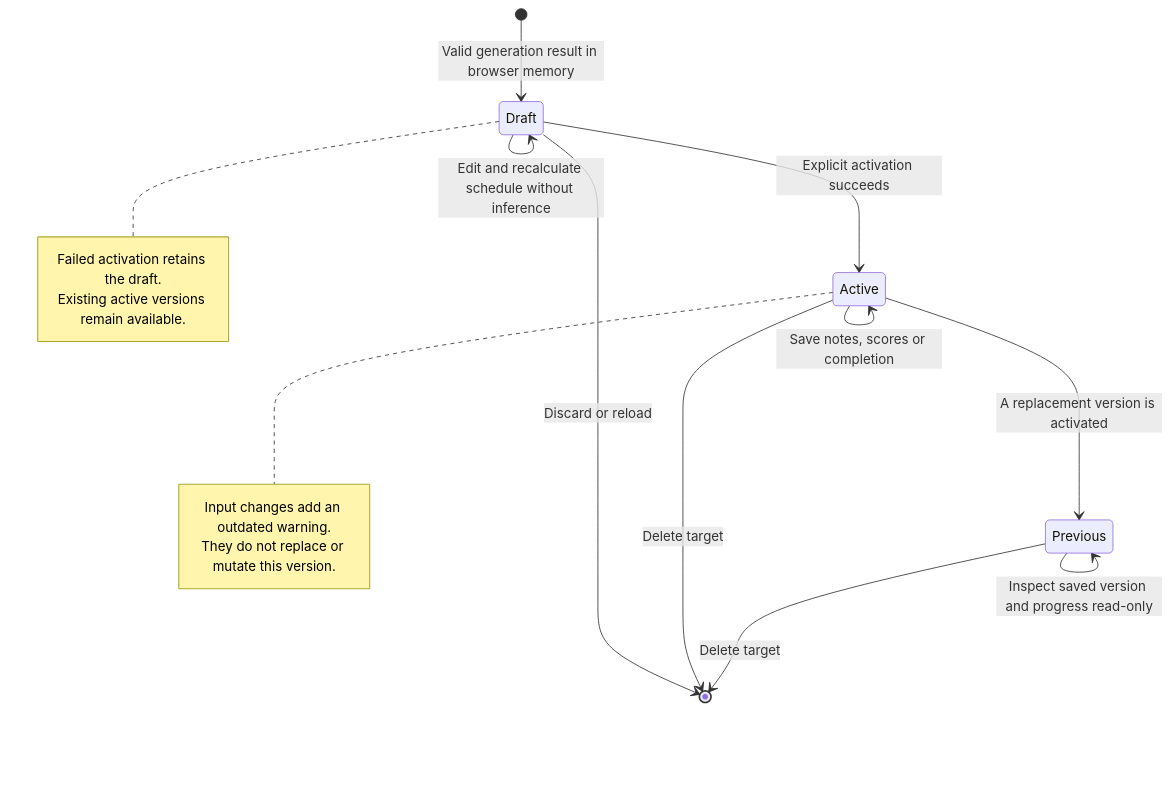
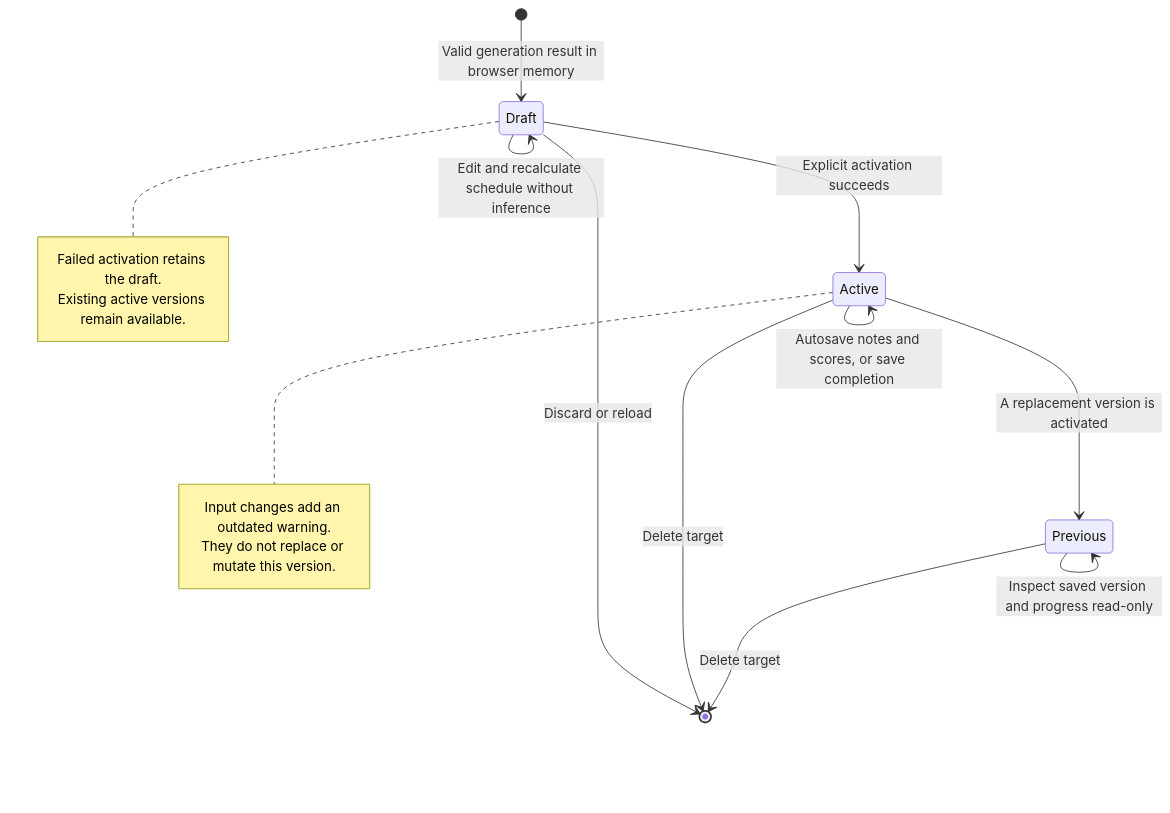
One commit to horadam/fieldwork changed the second of 2 diagrams in docs/architecture/preparation-lifecycle.md. Above: the diagram before and after it, drawn with Mermaid. The commit also changed other lines of this file and 10 other files, not shown here.

````diff
--- a/docs/architecture/preparation-lifecycle.md
+++ b/docs/architecture/preparation-lifecycle.md
@@ -48,20 +48,20 @@
 ```mermaid
 stateDiagram-v2
   [*] --> Draft: Valid generation result in browser memory
   Draft --> Draft: Edit and recalculate schedule without inference
   Draft --> Active: Explicit activation succeeds
   Draft --> [*]: Discard or reload
-  Active --> Active: Save notes, scores or completion
+  Active --> Active: Autosave notes and scores, or save completion
   Active --> Previous: A replacement version is activated
   Previous --> Previous: Inspect saved version and progress read-only
   Active --> [*]: Delete target
   Previous --> [*]: Delete target
   note right of Draft
     Failed activation retains the draft.
     Existing active versions remain available.
   end note
   note right of Active
     Input changes add an outdated warning.
     They do not replace or mutate this version.
   end note
 ```
````
